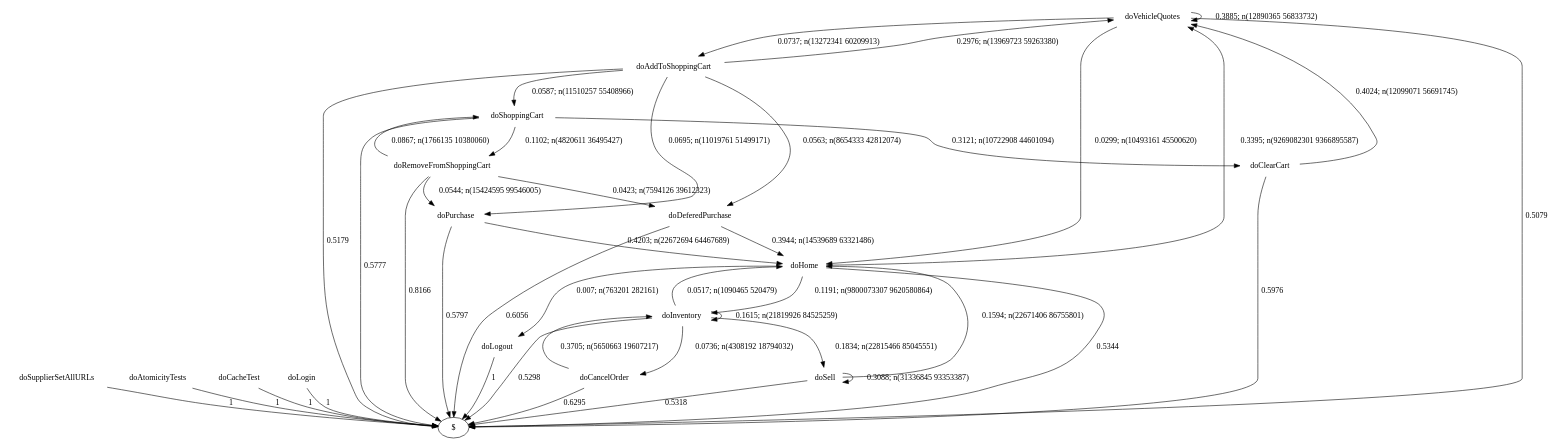
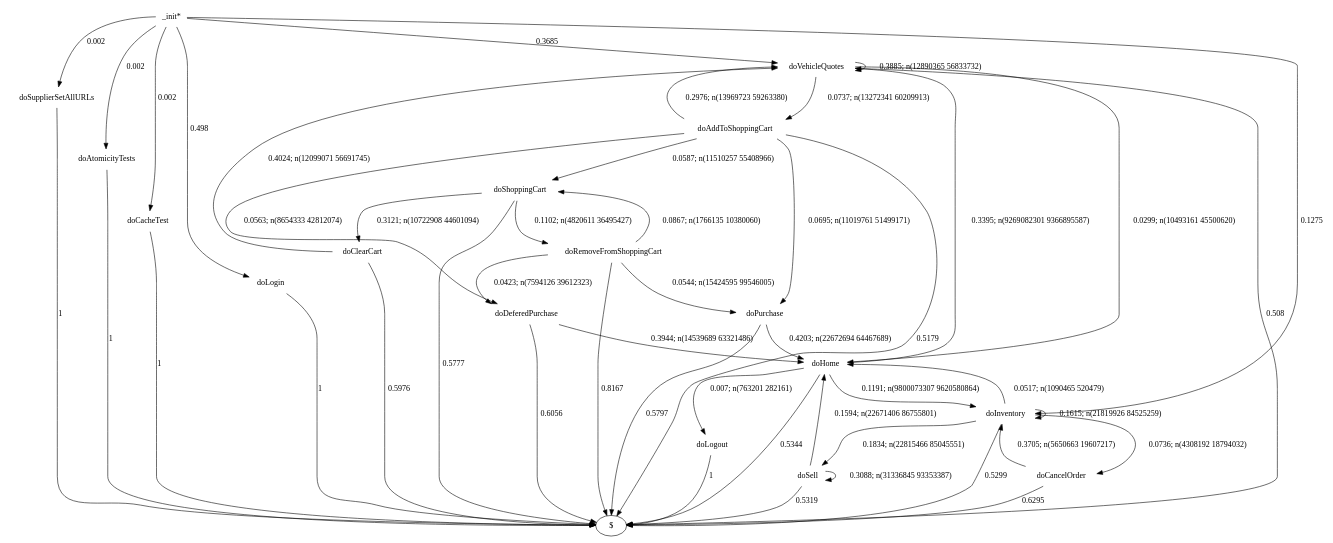
The diagram in examples/specj/output/gen_graph.dot (alperhi/wessbas.behaviorModelExtractor), drawn with Graphviz before and after one commit. The commit also changed 13 other files, not shown here.

```diff
--- a/examples/specj/output/gen_graph.dot
+++ b/examples/specj/output/gen_graph.dot
@@ -1,59 +1,66 @@
 digraph G {
+"_init*" [label="_init*",shape=none];
 "doSupplierSetAllURLs" [label="doSupplierSetAllURLs",shape=none];
 "doAtomicityTests" [label="doAtomicityTests",shape=none];
 "doCacheTest" [label="doCacheTest",shape=none];
 "doLogin" [label="doLogin",shape=none];
 "doVehicleQuotes" [label="doVehicleQuotes",shape=none];
 "doAddToShoppingCart" [label="doAddToShoppingCart",shape=none];
 "doDeferedPurchase" [label="doDeferedPurchase",shape=none];
 "doHome" [label="doHome",shape=none];
 "doShoppingCart" [label="doShoppingCart",shape=none];
 "doClearCart" [label="doClearCart",shape=none];
 "doPurchase" [label="doPurchase",shape=none];
 "doInventory" [label="doInventory",shape=none];
 "doSell" [label="doSell",shape=none];
 "doLogout" [label="doLogout",shape=none];
 "doCancelOrder" [label="doCancelOrder",shape=none];
 "doRemoveFromShoppingCart" [label="doRemoveFromShoppingCart",shape=none];
+"_init*"->"doSupplierSetAllURLs" [style=solid,label="0.002"];
+"_init*"->"doAtomicityTests" [style=solid,label="0.002"];
+"_init*"->"doCacheTest" [style=solid,label="0.002"];
+"_init*"->"doLogin" [style=solid,label="0.498"];
+"_init*"->"doVehicleQuotes" [style=solid,label="0.3685"];
+"_init*"->"doInventory" [style=solid,label="0.1275"];
 "doSupplierSetAllURLs"->"$" [style=solid,label="1"];
 "doAtomicityTests"->"$" [style=solid,label="1"];
 "doCacheTest"->"$" [style=solid,label="1"];
 "doLogin"->"$" [style=solid,label="1"];
 "doVehicleQuotes"->"doVehicleQuotes" [style=solid,label="0.3885; n(12890365 56833732)"];
 "doVehicleQuotes"->"doAddToShoppingCart" [style=solid,label="0.0737; n(13272341 60209913)"];
 "doVehicleQuotes"->"doHome" [style=solid,label="0.0299; n(10493161 45500620)"];
-"doVehicleQuotes"->"$" [style=solid,label="0.5079"];
+"doVehicleQuotes"->"$" [style=solid,label="0.508"];
 "doAddToShoppingCart"->"doVehicleQuotes" [style=solid,label="0.2976; n(13969723 59263380)"];
 "doAddToShoppingCart"->"doDeferedPurchase" [style=solid,label="0.0563; n(8654333 42812074)"];
 "doAddToShoppingCart"->"doShoppingCart" [style=solid,label="0.0587; n(11510257 55408966)"];
 "doAddToShoppingCart"->"doPurchase" [style=solid,label="0.0695; n(11019761 51499171)"];
 "doAddToShoppingCart"->"$" [style=solid,label="0.5179"];
 "doDeferedPurchase"->"doHome" [style=solid,label="0.3944; n(14539689 63321486)"];
 "doDeferedPurchase"->"$" [style=solid,label="0.6056"];
 "doHome"->"doVehicleQuotes" [style=solid,label="0.3395; n(9269082301 9366895587)"];
 "doHome"->"doInventory" [style=solid,label="0.1191; n(9800073307 9620580864)"];
 "doHome"->"doLogout" [style=solid,label="0.007; n(763201 282161)"];
 "doHome"->"$" [style=solid,label="0.5344"];
 "doShoppingCart"->"doClearCart" [style=solid,label="0.3121; n(10722908 44601094)"];
 "doShoppingCart"->"doRemoveFromShoppingCart" [style=solid,label="0.1102; n(4820611 36495427)"];
 "doShoppingCart"->"$" [style=solid,label="0.5777"];
 "doClearCart"->"doVehicleQuotes" [style=solid,label="0.4024; n(12099071 56691745)"];
 "doClearCart"->"$" [style=solid,label="0.5976"];
 "doPurchase"->"doHome" [style=solid,label="0.4203; n(22672694 64467689)"];
 "doPurchase"->"$" [style=solid,label="0.5797"];
 "doInventory"->"doHome" [style=solid,label="0.0517; n(1090465 520479)"];
 "doInventory"->"doInventory" [style=solid,label="0.1615; n(21819926 84525259)"];
 "doInventory"->"doSell" [style=solid,label="0.1834; n(22815466 85045551)"];
 "doInventory"->"doCancelOrder" [style=solid,label="0.0736; n(4308192 18794032)"];
-"doInventory"->"$" [style=solid,label="0.5298"];
+"doInventory"->"$" [style=solid,label="0.5299"];
 "doSell"->"doHome" [style=solid,label="0.1594; n(22671406 86755801)"];
 "doSell"->"doSell" [style=solid,label="0.3088; n(31336845 93353387)"];
-"doSell"->"$" [style=solid,label="0.5318"];
+"doSell"->"$" [style=solid,label="0.5319"];
 "doLogout"->"$" [style=solid,label="1"];
 "doCancelOrder"->"doInventory" [style=solid,label="0.3705; n(5650663 19607217)"];
 "doCancelOrder"->"$" [style=solid,label="0.6295"];
 "doRemoveFromShoppingCart"->"doDeferedPurchase" [style=solid,label="0.0423; n(7594126 39612323)"];
 "doRemoveFromShoppingCart"->"doShoppingCart" [style=solid,label="0.0867; n(1766135 10380060)"];
 "doRemoveFromShoppingCart"->"doPurchase" [style=solid,label="0.0544; n(15424595 99546005)"];
-"doRemoveFromShoppingCart"->"$" [style=solid,label="0.8166"];
+"doRemoveFromShoppingCart"->"$" [style=solid,label="0.8167"];
 }
```
